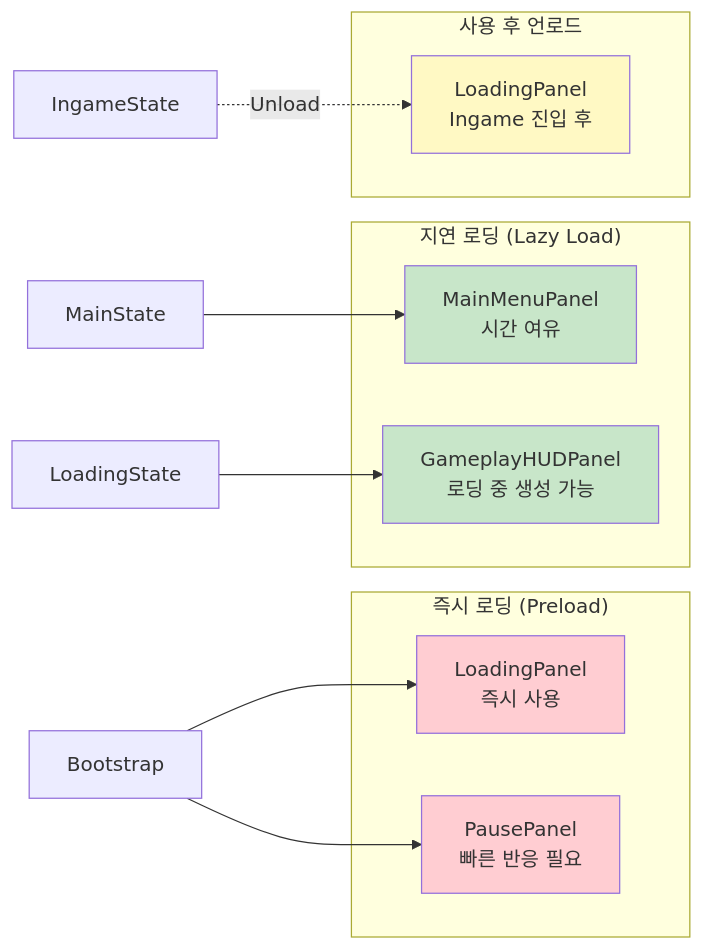
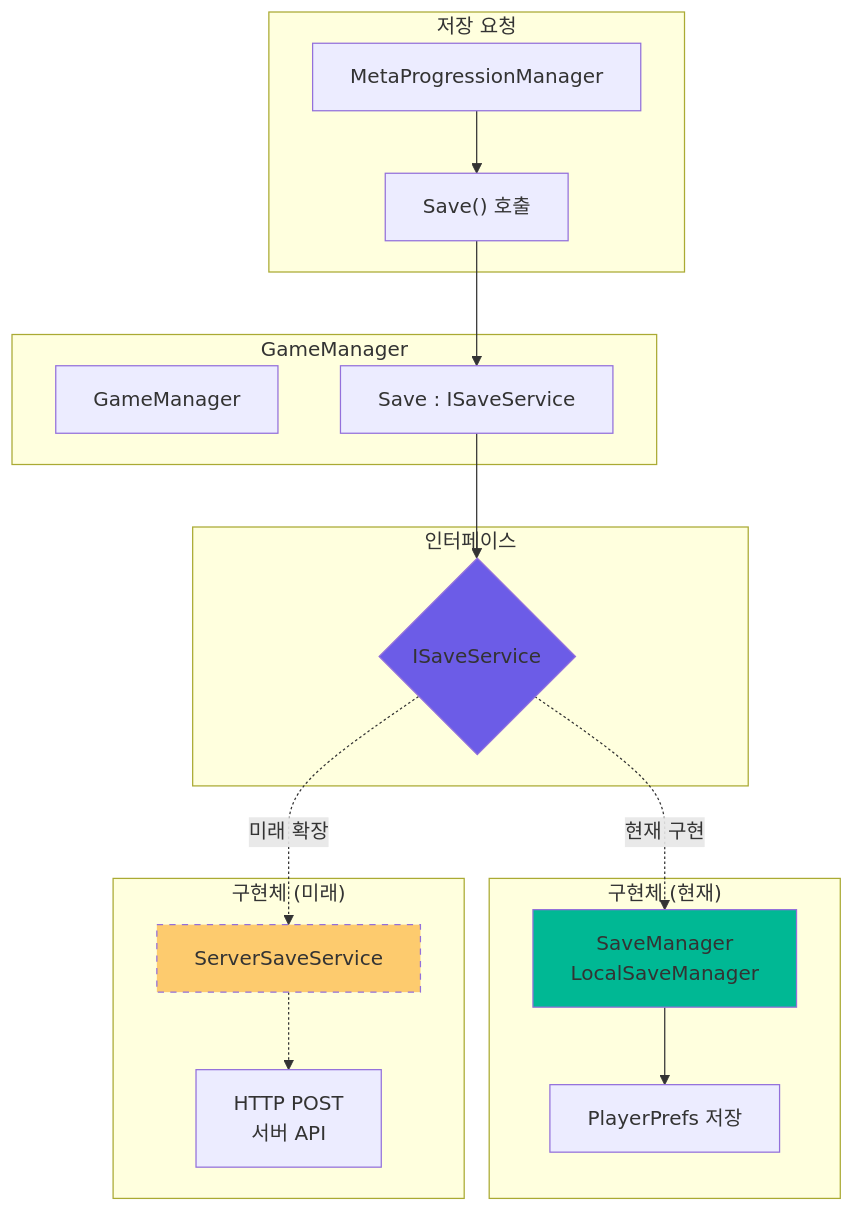
The sixth of 6 diagrams in GASPT/docs/architecture/ARCHITECTURE_DIAGRAMS.md (jaechang92/GAS), drawn with Mermaid before and after one commit. The commit also changed other lines of this file and 127 other files, not shown here.

````diff
--- a/GASPT/docs/architecture/ARCHITECTURE_DIAGRAMS.md
+++ b/GASPT/docs/architecture/ARCHITECTURE_DIAGRAMS.md
@@ -706,30 +275,42 @@
 ```mermaid
-graph LR
-    subgraph "즉시 로딩 (Preload)"
-        LP[LoadingPanel<br/>즉시 사용]
-        PP[PausePanel<br/>빠른 반응 필요]
+graph TB
+    subgraph "저장 요청"
+        MPM[MetaProgressionManager]
+        Save["Save() 호출"]
+
+        MPM --> Save
     end
 
-    subgraph "지연 로딩 (Lazy Load)"
-        MP[MainMenuPanel<br/>시간 여유]
-        GP[GameplayHUDPanel<br/>로딩 중 생성 가능]
+    subgraph "GameManager"
+        GM[GameManager]
+        SaveRef[Save : ISaveService]
+
+        Save --> SaveRef
     end
 
-    subgraph "사용 후 언로드"
-        LP2[LoadingPanel<br/>Ingame 진입 후]
+    subgraph "인터페이스"
+        ISS{ISaveService}
     end
 
-    Bootstrap[Bootstrap] --> LP
-    Bootstrap --> PP
+    subgraph "구현체 (현재)"
+        LSM[SaveManager<br/>LocalSaveManager]
+        PP[PlayerPrefs 저장]
 
-    MainState[MainState] --> MP
-    LoadingState[LoadingState] --> GP
+        LSM --> PP
+    end
 
-    IngameState[IngameState] -.Unload.-> LP2
+    subgraph "구현체 (미래)"
+        SSS[ServerSaveService]
+        API[HTTP POST<br/>서버 API]
 
-    style LP fill:#ffcdd2
-    style PP fill:#ffcdd2
-    style MP fill:#c8e6c9
-    style GP fill:#c8e6c9
-    style LP2 fill:#fff9c4
+        SSS -.-> API
+    end
+
+    SaveRef --> ISS
+    ISS -.현재 구현.-> LSM
+    ISS -.미래 확장.-> SSS
+
+    style ISS fill:#6c5ce7
+    style LSM fill:#00b894
+    style SSS fill:#fdcb6e,stroke-dasharray: 5 5
 ```
````
